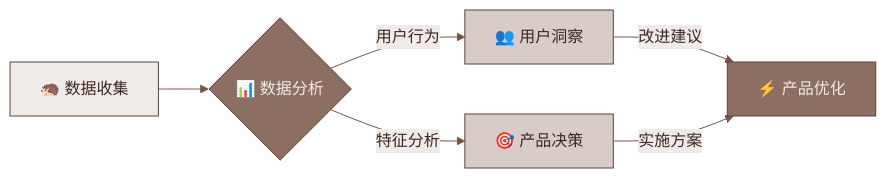
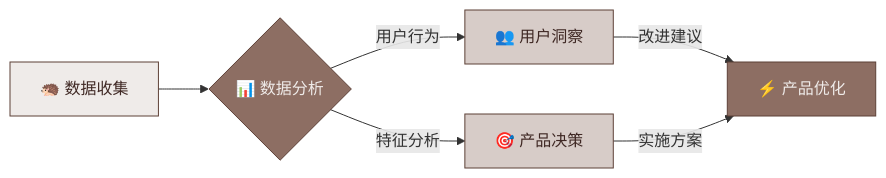
Before and after one commit to Pama-Lee/posthog-guide: the first of 2 diagrams in docs/intro.md, drawn with Mermaid. The commit also changed other lines of this file and 9 other files, not shown here.

````diff
--- a/docs/intro.md
+++ b/docs/intro.md
@@ -57,27 +13,13 @@
 ```mermaid
-%%{
-  init: {
-    'theme': 'base',
-    'themeVariables': {
-      'primaryColor': '#8d6e63',
-      'primaryTextColor': '#3e2723',
-      'primaryBorderColor': '#5d4037',
-      'lineColor': '#795548',
-      'secondaryColor': '#efebe9',
-      'tertiaryColor': '#d7ccc8',
-      'mainBkg': '#efebe9'
-    }
-  }
-}%%
 flowchart LR
     A[🦔 数据收集] --> B{📊 数据分析}
     B -->|用户行为| C[👥 用户洞察]
     B -->|特征分析| D[🎯 产品决策]
     C -->|改进建议| E[⚡️ 产品优化]
     D -->|实施方案| E
     style A fill:#efebe9,stroke:#5d4037,color:#3e2723
     style B fill:#8d6e63,stroke:#5d4037,color:#efebe9
     style C fill:#d7ccc8,stroke:#5d4037,color:#3e2723
     style D fill:#d7ccc8,stroke:#5d4037,color:#3e2723
     style E fill:#8d6e63,stroke:#5d4037,color:#efebe9
 ```
````
